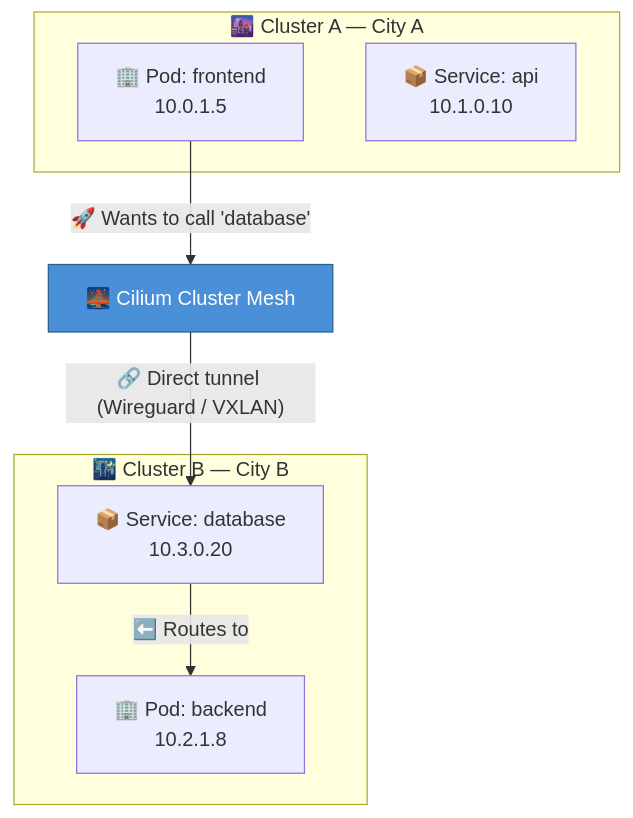
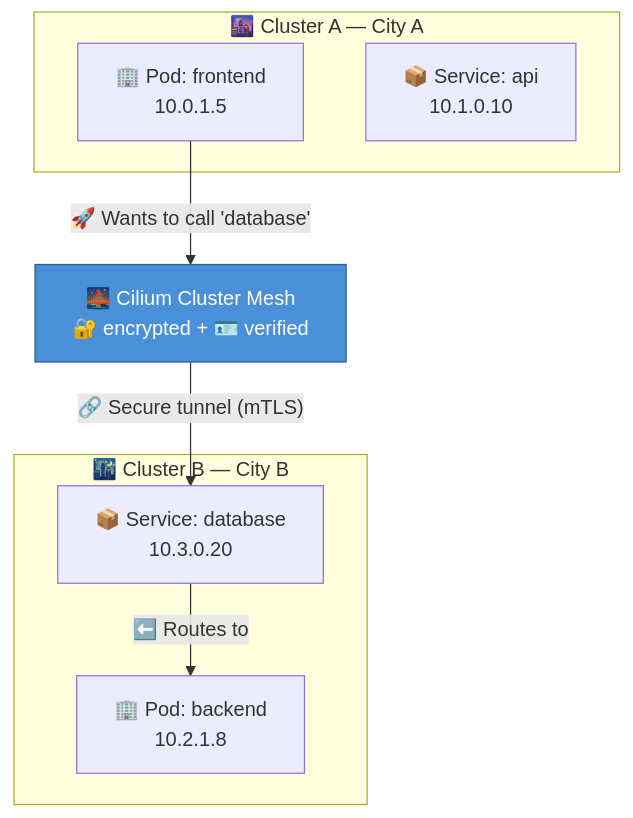
The first of 14 diagrams in readme.md (Orpere/kind), drawn with Mermaid before and after one commit. The commit also changed other lines of this file and 1 other file, not shown here.

````diff
--- a/readme.md
+++ b/readme.md
@@ -13,15 +15,15 @@
 ```mermaid
 graph TB
     subgraph "🌆 Cluster A — City A"
         A1["🏢 Pod: frontend<br/>10.0.1.5"]
         A2["📦 Service: api<br/>10.1.0.10"]
     end
     subgraph "🌃 Cluster B — City B"
         B1["🏢 Pod: backend<br/>10.2.1.8"]
         B2["📦 Service: database<br/>10.3.0.20"]
     end
-    A1 -- "🚀 Wants to call 'database'" --> CM["🌉 Cilium Cluster Mesh"]
-    CM -- "🔗 Direct tunnel (Wireguard / VXLAN)" --> B2
+    A1 -- "🚀 Wants to call 'database'" --> CM["🌉 Cilium Cluster Mesh<br/>🔐 encrypted + 🪪 verified"]
+    CM -- "🔗 Secure tunnel (mTLS)" --> B2
     B2 -- "⬅️ Routes to" --> B1
     style CM fill:#4A90D9,stroke:#2C5F8A,color:#fff
 ```
````
